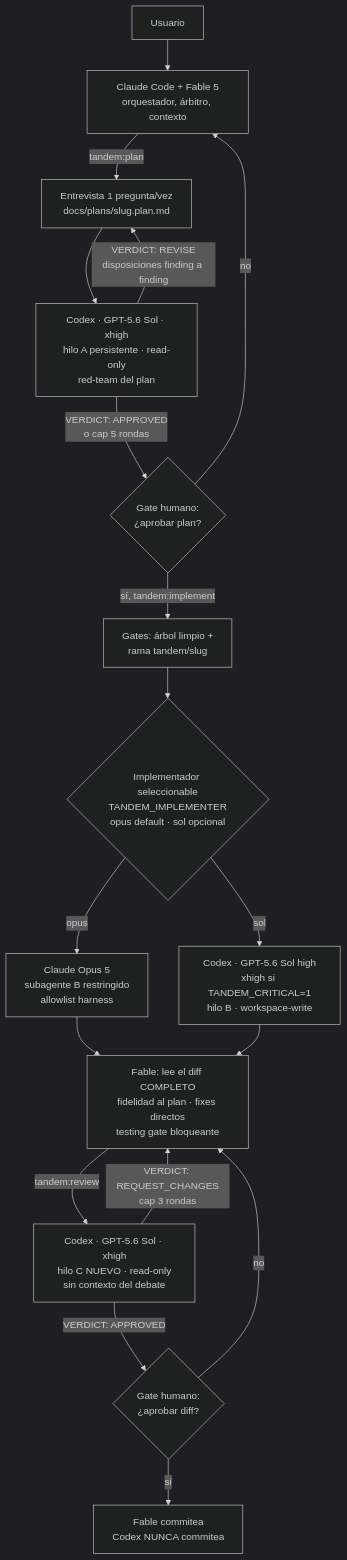
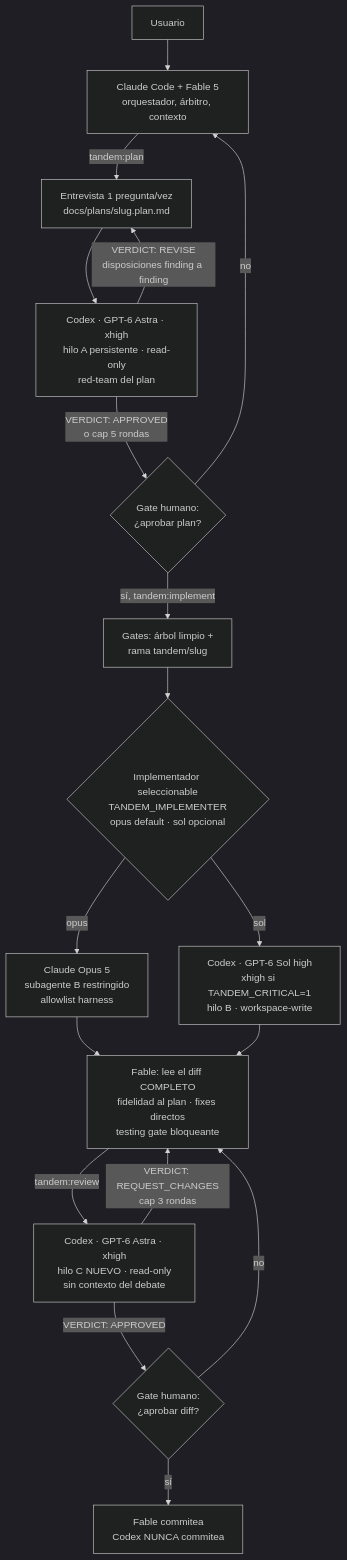
Before and after one commit to LivWorksDev/Claude_GPT: the diagram in docs/ARCHITECTURE.md, drawn with Mermaid (dark theme). The commit also changed other lines of this file and 39 other files, not shown here.

First line of the commit message:
Política de modelos Codex 6: Astra revisa, Sol implementa, Luna explora (v0.35.0)

````diff
--- a/docs/ARCHITECTURE.md
+++ b/docs/ARCHITECTURE.md
@@ -5,24 +5,24 @@
 ```mermaid
 flowchart TD
     U[Usuario] --> F[Claude Code + Fable 5<br/>orquestador, árbitro, contexto]
 
     F -->|tandem:plan| P[Entrevista 1 pregunta/vez<br/>docs/plans/slug.plan.md]
-    P --> S1[Codex · GPT-5.6 Sol · xhigh<br/>hilo A persistente · read-only<br/>red-team del plan]
+    P --> S1[Codex · GPT-6 Astra · xhigh<br/>hilo A persistente · read-only<br/>red-team del plan]
     S1 -->|VERDICT: REVISE<br/>disposiciones finding a finding| P
     S1 -->|VERDICT: APPROVED<br/>o cap 5 rondas| H1{Gate humano:<br/>¿aprobar plan?}
 
     H1 -->|sí, tandem:implement| G[Gates: árbol limpio +<br/>rama tandem/slug]
     G --> L{Implementador seleccionable<br/>TANDEM_IMPLEMENTER<br/>opus default · sol opcional}
     L -->|opus| O[Claude Opus 5<br/>subagente B restringido<br/>allowlist harness]
-    L -->|sol| B[Codex · GPT-5.6 Sol high<br/>xhigh si TANDEM_CRITICAL=1<br/>hilo B · workspace-write]
+    L -->|sol| B[Codex · GPT-6 Sol high<br/>xhigh si TANDEM_CRITICAL=1<br/>hilo B · workspace-write]
     O --> V[Fable: lee el diff COMPLETO<br/>fidelidad al plan · fixes directos<br/>testing gate bloqueante]
     B --> V
 
-    V -->|tandem:review| S2[Codex · GPT-5.6 Sol · xhigh<br/>hilo C NUEVO · read-only<br/>sin contexto del debate]
+    V -->|tandem:review| S2[Codex · GPT-6 Astra · xhigh<br/>hilo C NUEVO · read-only<br/>sin contexto del debate]
     S2 -->|VERDICT: REQUEST_CHANGES<br/>cap 3 rondas| V
     S2 -->|VERDICT: APPROVED| H2{Gate humano:<br/>¿aprobar diff?}
 
     H2 -->|sí| C[Fable commitea<br/>Codex NUNCA commitea]
     H1 -->|no| F
     H2 -->|no| V
 ```
````
